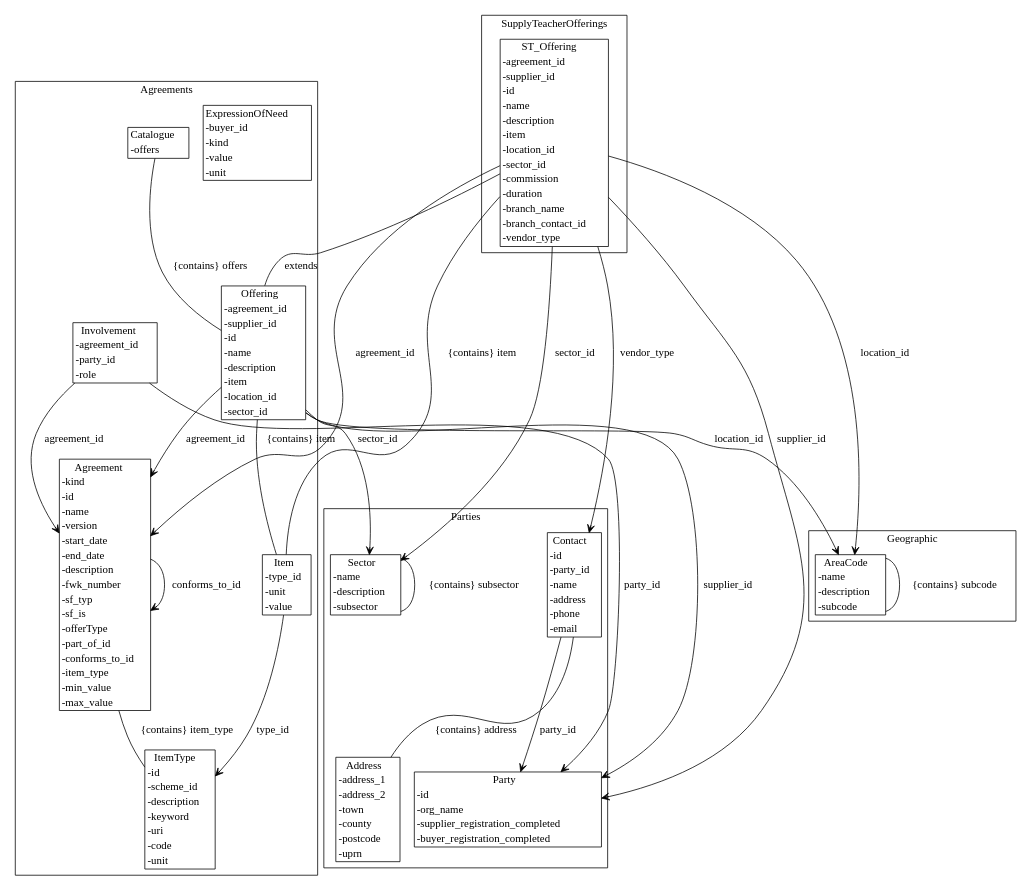
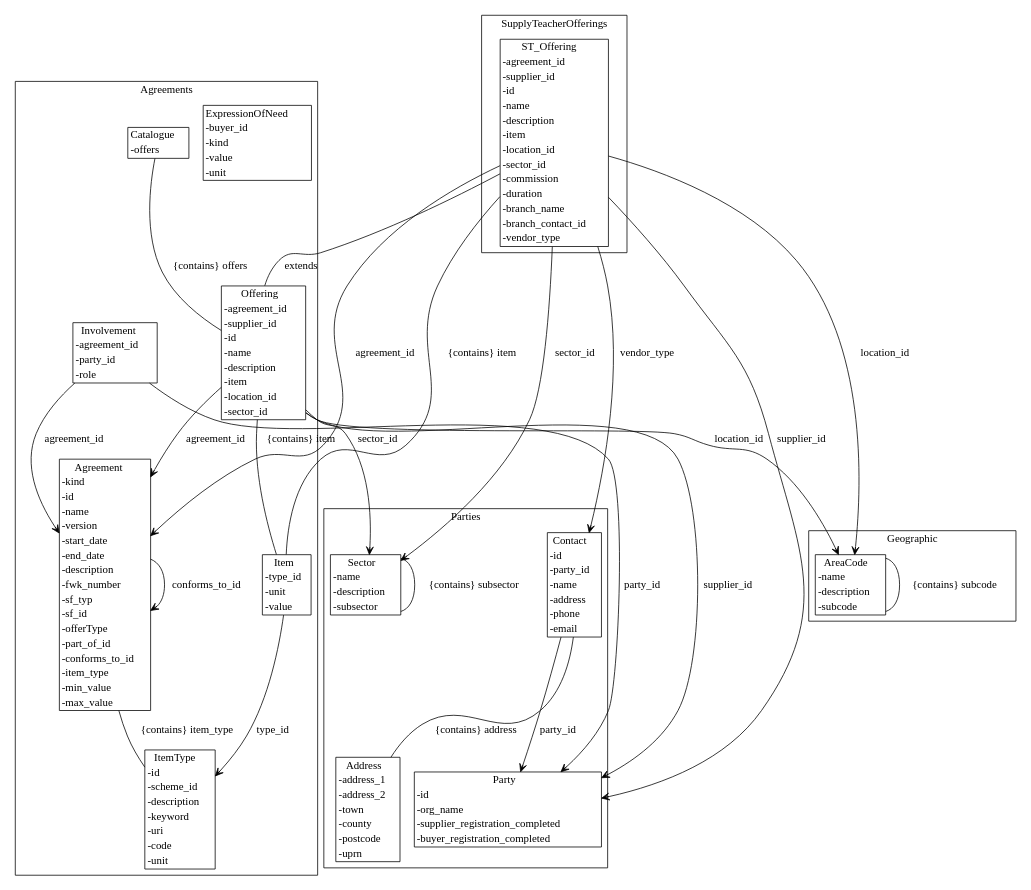
One commit to Crown-Commercial-Service/cmp-design-prototype changed the diagram in agreement-design/gen/diagrams/metamodel.dot. Above: the diagram before and after it, drawn with Graphviz. The commit also changed 3 other files, not shown here.

```diff
--- a/agreement-design/gen/diagrams/metamodel.dot
+++ b/agreement-design/gen/diagrams/metamodel.dot
@@ -1,55 +1,55 @@
 strict digraph {
 subgraph cluster_Agreements {
 node [shape=plaintext margin=0];
 label=Agreements;
 "ItemType" [label=<<table BORDER="1" CELLBORDER="0" CELLSPACING="0"><TH><TD>ItemType</TD></TH><TR><TD ALIGN="LEFT">-id</TD></TR><TR><TD ALIGN="LEFT">-scheme_id</TD></TR><TR><TD ALIGN="LEFT">-description</TD></TR><TR><TD ALIGN="LEFT">-keyword</TD></TR><TR><TD ALIGN="LEFT">-uri</TD></TR><TR><TD ALIGN="LEFT">-code</TD></TR><TR><TD ALIGN="LEFT">-unit</TD></TR></table>>];
 "ExpressionOfNeed" [label=<<table BORDER="1" CELLBORDER="0" CELLSPACING="0"><TH><TD>ExpressionOfNeed</TD></TH><TR><TD ALIGN="LEFT">-buyer_id</TD></TR><TR><TD ALIGN="LEFT">-kind</TD></TR><TR><TD ALIGN="LEFT">-value</TD></TR><TR><TD ALIGN="LEFT">-unit</TD></TR></table>>];
-"Agreement" [label=<<table BORDER="1" CELLBORDER="0" CELLSPACING="0"><TH><TD>Agreement</TD></TH><TR><TD ALIGN="LEFT">-kind</TD></TR><TR><TD ALIGN="LEFT">-id</TD></TR><TR><TD ALIGN="LEFT">-name</TD></TR><TR><TD ALIGN="LEFT">-version</TD></TR><TR><TD ALIGN="LEFT">-start_date</TD></TR><TR><TD ALIGN="LEFT">-end_date</TD></TR><TR><TD ALIGN="LEFT">-description</TD></TR><TR><TD ALIGN="LEFT">-fwk_number</TD></TR><TR><TD ALIGN="LEFT">-sf_typ</TD></TR><TR><TD ALIGN="LEFT">-sf_is</TD></TR><TR><TD ALIGN="LEFT">-offerType</TD></TR><TR><TD ALIGN="LEFT">-part_of_id</TD></TR><TR><TD ALIGN="LEFT">-conforms_to_id</TD></TR><TR><TD ALIGN="LEFT">-item_type</TD></TR><TR><TD ALIGN="LEFT">-min_value</TD></TR><TR><TD ALIGN="LEFT">-max_value</TD></TR></table>>];
+"Agreement" [label=<<table BORDER="1" CELLBORDER="0" CELLSPACING="0"><TH><TD>Agreement</TD></TH><TR><TD ALIGN="LEFT">-kind</TD></TR><TR><TD ALIGN="LEFT">-id</TD></TR><TR><TD ALIGN="LEFT">-name</TD></TR><TR><TD ALIGN="LEFT">-version</TD></TR><TR><TD ALIGN="LEFT">-start_date</TD></TR><TR><TD ALIGN="LEFT">-end_date</TD></TR><TR><TD ALIGN="LEFT">-description</TD></TR><TR><TD ALIGN="LEFT">-fwk_number</TD></TR><TR><TD ALIGN="LEFT">-sf_typ</TD></TR><TR><TD ALIGN="LEFT">-sf_id</TD></TR><TR><TD ALIGN="LEFT">-offerType</TD></TR><TR><TD ALIGN="LEFT">-part_of_id</TD></TR><TR><TD ALIGN="LEFT">-conforms_to_id</TD></TR><TR><TD ALIGN="LEFT">-item_type</TD></TR><TR><TD ALIGN="LEFT">-min_value</TD></TR><TR><TD ALIGN="LEFT">-max_value</TD></TR></table>>];
 "Item" [label=<<table BORDER="1" CELLBORDER="0" CELLSPACING="0"><TH><TD>Item</TD></TH><TR><TD ALIGN="LEFT">-type_id</TD></TR><TR><TD ALIGN="LEFT">-unit</TD></TR><TR><TD ALIGN="LEFT">-value</TD></TR></table>>];
 "Offering" [label=<<table BORDER="1" CELLBORDER="0" CELLSPACING="0"><TH><TD>Offering</TD></TH><TR><TD ALIGN="LEFT">-agreement_id</TD></TR><TR><TD ALIGN="LEFT">-supplier_id</TD></TR><TR><TD ALIGN="LEFT">-id</TD></TR><TR><TD ALIGN="LEFT">-name</TD></TR><TR><TD ALIGN="LEFT">-description</TD></TR><TR><TD ALIGN="LEFT">-item</TD></TR><TR><TD ALIGN="LEFT">-location_id</TD></TR><TR><TD ALIGN="LEFT">-sector_id</TD></TR></table>>];
 "Catalogue" [label=<<table BORDER="1" CELLBORDER="0" CELLSPACING="0"><TH><TD>Catalogue</TD></TH><TR><TD ALIGN="LEFT">-offers</TD></TR></table>>];
 "Involvement" [label=<<table BORDER="1" CELLBORDER="0" CELLSPACING="0"><TH><TD>Involvement</TD></TH><TR><TD ALIGN="LEFT">-agreement_id</TD></TR><TR><TD ALIGN="LEFT">-party_id</TD></TR><TR><TD ALIGN="LEFT">-role</TD></TR></table>>];
 }
 subgraph cluster_Parties {
 node [shape=plaintext margin=0];
 label=Parties;
 "Party" [label=<<table BORDER="1" CELLBORDER="0" CELLSPACING="0"><TH><TD>Party</TD></TH><TR><TD ALIGN="LEFT">-id</TD></TR><TR><TD ALIGN="LEFT">-org_name</TD></TR><TR><TD ALIGN="LEFT">-supplier_registration_completed</TD></TR><TR><TD ALIGN="LEFT">-buyer_registration_completed</TD></TR></table>>];
 "Address" [label=<<table BORDER="1" CELLBORDER="0" CELLSPACING="0"><TH><TD>Address</TD></TH><TR><TD ALIGN="LEFT">-address_1</TD></TR><TR><TD ALIGN="LEFT">-address_2</TD></TR><TR><TD ALIGN="LEFT">-town</TD></TR><TR><TD ALIGN="LEFT">-county</TD></TR><TR><TD ALIGN="LEFT">-postcode</TD></TR><TR><TD ALIGN="LEFT">-uprn</TD></TR></table>>];
 "Contact" [label=<<table BORDER="1" CELLBORDER="0" CELLSPACING="0"><TH><TD>Contact</TD></TH><TR><TD ALIGN="LEFT">-id</TD></TR><TR><TD ALIGN="LEFT">-party_id</TD></TR><TR><TD ALIGN="LEFT">-name</TD></TR><TR><TD ALIGN="LEFT">-address</TD></TR><TR><TD ALIGN="LEFT">-phone</TD></TR><TR><TD ALIGN="LEFT">-email</TD></TR></table>>];
 "Sector" [label=<<table BORDER="1" CELLBORDER="0" CELLSPACING="0"><TH><TD>Sector</TD></TH><TR><TD ALIGN="LEFT">-name</TD></TR><TR><TD ALIGN="LEFT">-description</TD></TR><TR><TD ALIGN="LEFT">-subsector</TD></TR></table>>];
 }
 subgraph cluster_Geographic {
 node [shape=plaintext margin=0];
 label=Geographic;
 "AreaCode" [label=<<table BORDER="1" CELLBORDER="0" CELLSPACING="0"><TH><TD>AreaCode</TD></TH><TR><TD ALIGN="LEFT">-name</TD></TR><TR><TD ALIGN="LEFT">-description</TD></TR><TR><TD ALIGN="LEFT">-subcode</TD></TR></table>>];
 }
 subgraph cluster_SupplyTeacherOfferings {
 node [shape=plaintext margin=0];
 label=SupplyTeacherOfferings;
 "ST_Offering" [label=<<table BORDER="1" CELLBORDER="0" CELLSPACING="0"><TH><TD>ST_Offering</TD></TH><TR><TD ALIGN="LEFT">-agreement_id</TD></TR><TR><TD ALIGN="LEFT">-supplier_id</TD></TR><TR><TD ALIGN="LEFT">-id</TD></TR><TR><TD ALIGN="LEFT">-name</TD></TR><TR><TD ALIGN="LEFT">-description</TD></TR><TR><TD ALIGN="LEFT">-item</TD></TR><TR><TD ALIGN="LEFT">-location_id</TD></TR><TR><TD ALIGN="LEFT">-sector_id</TD></TR><TR><TD ALIGN="LEFT">-commission</TD></TR><TR><TD ALIGN="LEFT">-duration</TD></TR><TR><TD ALIGN="LEFT">-branch_name</TD></TR><TR><TD ALIGN="LEFT">-branch_contact_id</TD></TR><TR><TD ALIGN="LEFT">-vendor_type</TD></TR></table>>];
 }
 "Agreement" -> "Agreement" [label="part_of_id" arrowhead = "open" arrowtail = "none" ];
 "Agreement" -> "Agreement" [label="conforms_to_id" arrowhead = "open" arrowtail = "none" ];
 "Agreement" -> "ItemType" [label="{contains} item_type" arrowhead = "none" arrowtail = "diamond" ];
 "Item" -> "ItemType" [label="type_id" arrowhead = "open" arrowtail = "none" ];
 "Offering" -> "Agreement" [label="agreement_id" arrowhead = "open" arrowtail = "none" ];
 "Offering" -> "Party" [label="supplier_id" arrowhead = "open" arrowtail = "none" ];
 "Offering" -> "Item" [label="{contains} item" arrowhead = "none" arrowtail = "diamond" ];
 "Offering" -> "AreaCode" [label="location_id" arrowhead = "open" arrowtail = "none" ];
 "Offering" -> "Sector" [label="sector_id" arrowhead = "open" arrowtail = "none" ];
 "Catalogue" -> "Offering" [label="{contains} offers" arrowhead = "none" arrowtail = "diamond" ];
 "Involvement" -> "Agreement" [label="agreement_id" arrowhead = "open" arrowtail = "none" ];
 "Involvement" -> "Party" [label="party_id" arrowhead = "open" arrowtail = "none" ];
 "Contact" -> "Party" [label="party_id" arrowhead = "open" arrowtail = "none" ];
 "Contact" -> "Address" [label="{contains} address" arrowhead = "none" arrowtail = "diamond" ];
 "Sector" -> "Sector" [label="{contains} subsector" arrowhead = "none" arrowtail = "diamond" ];
 "AreaCode" -> "AreaCode" [label="{contains} subcode" arrowhead = "none" arrowtail = "diamond" ];
 "ST_Offering" -> "Offering" [label="extends" arrowhead = "none" arrowtail = "normal" ];
 "ST_Offering" -> "Agreement" [label="agreement_id" arrowhead = "open" arrowtail = "none" ];
 "ST_Offering" -> "Party" [label="supplier_id" arrowhead = "open" arrowtail = "none" ];
 "ST_Offering" -> "Item" [label="{contains} item" arrowhead = "none" arrowtail = "diamond" ];
 "ST_Offering" -> "AreaCode" [label="location_id" arrowhead = "open" arrowtail = "none" ];
 "ST_Offering" -> "Sector" [label="sector_id" arrowhead = "open" arrowtail = "none" ];
 "ST_Offering" -> "Contact" [label="branch_contact_id" arrowhead = "open" arrowtail = "none" ];
 "ST_Offering" -> "Contact" [label="vendor_type" arrowhead = "open" arrowtail = "none" ];
 }
```
